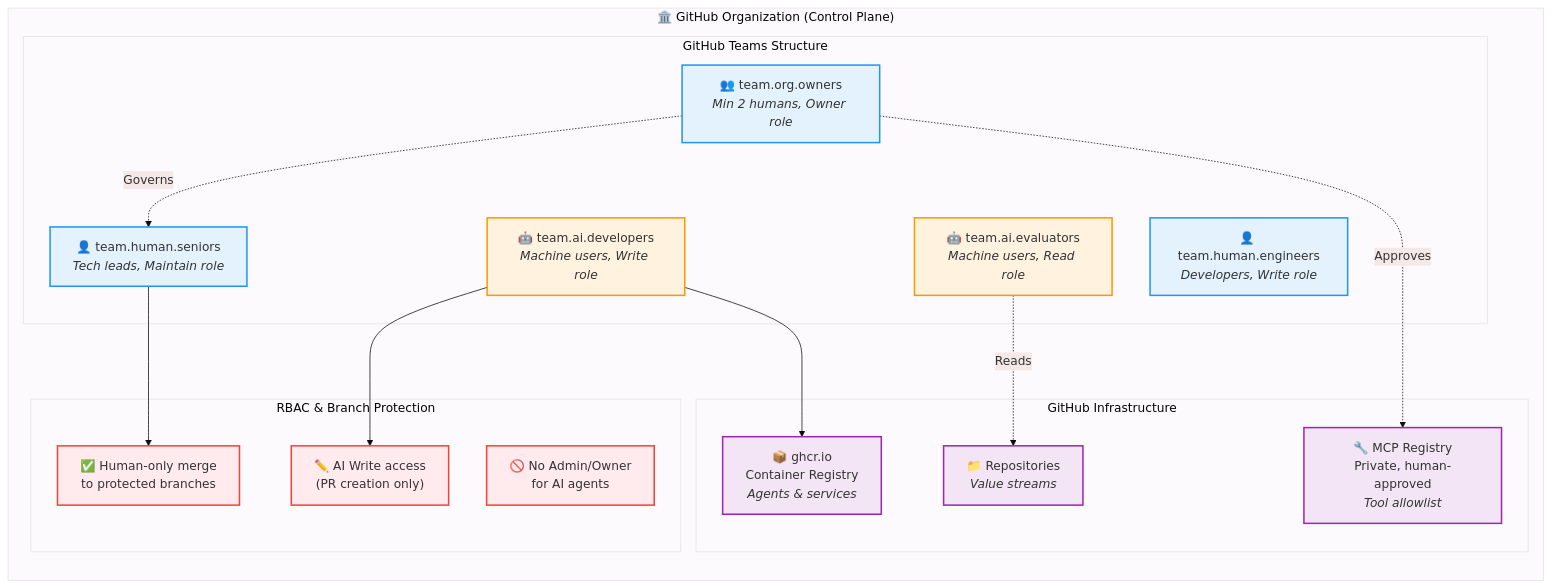
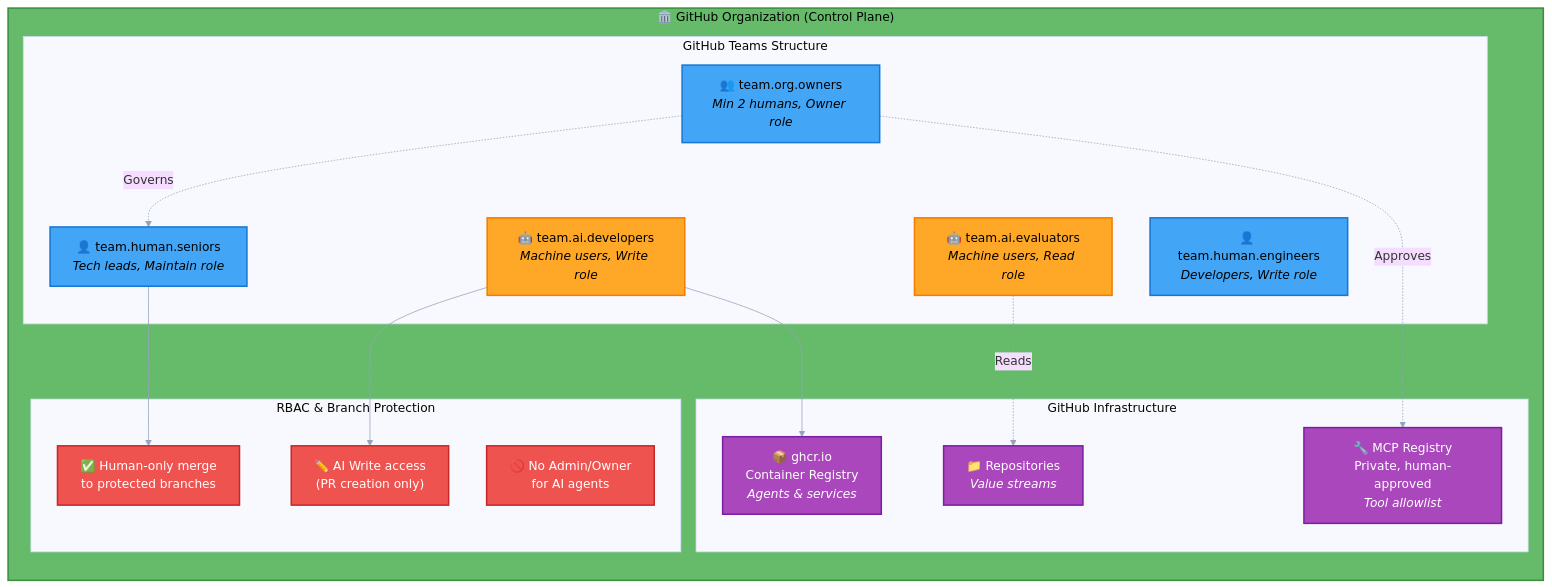
One commit to donbr/github-agentic-om changed the second of 8 diagrams in github-native-operating-model.md. Above: the diagram before and after it, drawn with Mermaid. The commit also changed other lines of this file, not shown here.

Commit message:
update operating model mermaid diagrams

````diff
--- a/github-native-operating-model.md
+++ b/github-native-operating-model.md
@@ -86,44 +86,46 @@
 ```mermaid
-%%{init: {"theme":"base", "themeVariables": {"primaryColor":"#e8f5e9","primaryBorderColor":"#4caf50"}}}%%
+%%{init: {"theme":"base", "themeVariables": {"lineColor":"#94a3b8","primaryBorderColor":"#94a3b8","textColor":"#64748b"}}}%%
 flowchart TB
     subgraph ORG["🏛️ GitHub Organization (Control Plane)"]
         direction TB
 
         subgraph TEAMS["GitHub Teams Structure"]
             OWNERS["👥 team.org.owners<br/><i>Min 2 humans, Owner role</i>"]
             SENIORS["👤 team.human.seniors<br/><i>Tech leads, Maintain role</i>"]
             ENGINEERS["👤 team.human.engineers<br/><i>Developers, Write role</i>"]
             AIDEV["🤖 team.ai.developers<br/><i>Machine users, Write role</i>"]
             AIEVAL["🤖 team.ai.evaluators<br/><i>Machine users, Read role</i>"]
         end
 
         subgraph RBAC["RBAC & Branch Protection"]
             MERGE["✅ Human-only merge<br/>to protected branches"]
             NOADMIN["🚫 No Admin/Owner<br/>for AI agents"]
             WRITE["✏️ AI Write access<br/>(PR creation only)"]
         end
 
         subgraph INFRA["GitHub Infrastructure"]
             GHCR["📦 ghcr.io<br/>Container Registry<br/><i>Agents & services</i>"]
             MCP["🔧 MCP Registry<br/>Private, human-approved<br/><i>Tool allowlist</i>"]
             REPOS["📁 Repositories<br/><i>Value streams</i>"]
         end
     end
 
     OWNERS -.Governs.-> SENIORS
     OWNERS -.Approves.-> MCP
     SENIORS --> MERGE
     AIDEV --> WRITE
     AIEVAL -.Reads.-> REPOS
     AIDEV --> GHCR
 
-    classDef teamHuman fill:#e3f2fd,stroke:#2196f3,stroke-width:2px
-    classDef teamAI fill:#fff3e0,stroke:#ff9800,stroke-width:2px
-    classDef security fill:#ffebee,stroke:#f44336,stroke-width:2px
-    classDef infra fill:#f3e5f5,stroke:#9c27b0,stroke-width:2px
+    classDef foundation fill:#66bb6a,stroke:#388e3c,stroke-width:2px,color:#000000
+    classDef teamHuman fill:#42a5f5,stroke:#1976d2,stroke-width:2px,color:#000000
+    classDef teamAI fill:#ffa726,stroke:#f57c00,stroke-width:2px,color:#000000
+    classDef security fill:#ef5350,stroke:#c62828,stroke-width:2px,color:#ffffff
+    classDef infra fill:#ab47bc,stroke:#7b1fa2,stroke-width:2px,color:#ffffff
 
+    class ORG foundation
     class OWNERS,SENIORS,ENGINEERS teamHuman
     class AIDEV,AIEVAL teamAI
     class MERGE,NOADMIN,WRITE security
     class GHCR,MCP,REPOS infra
 ```
````
